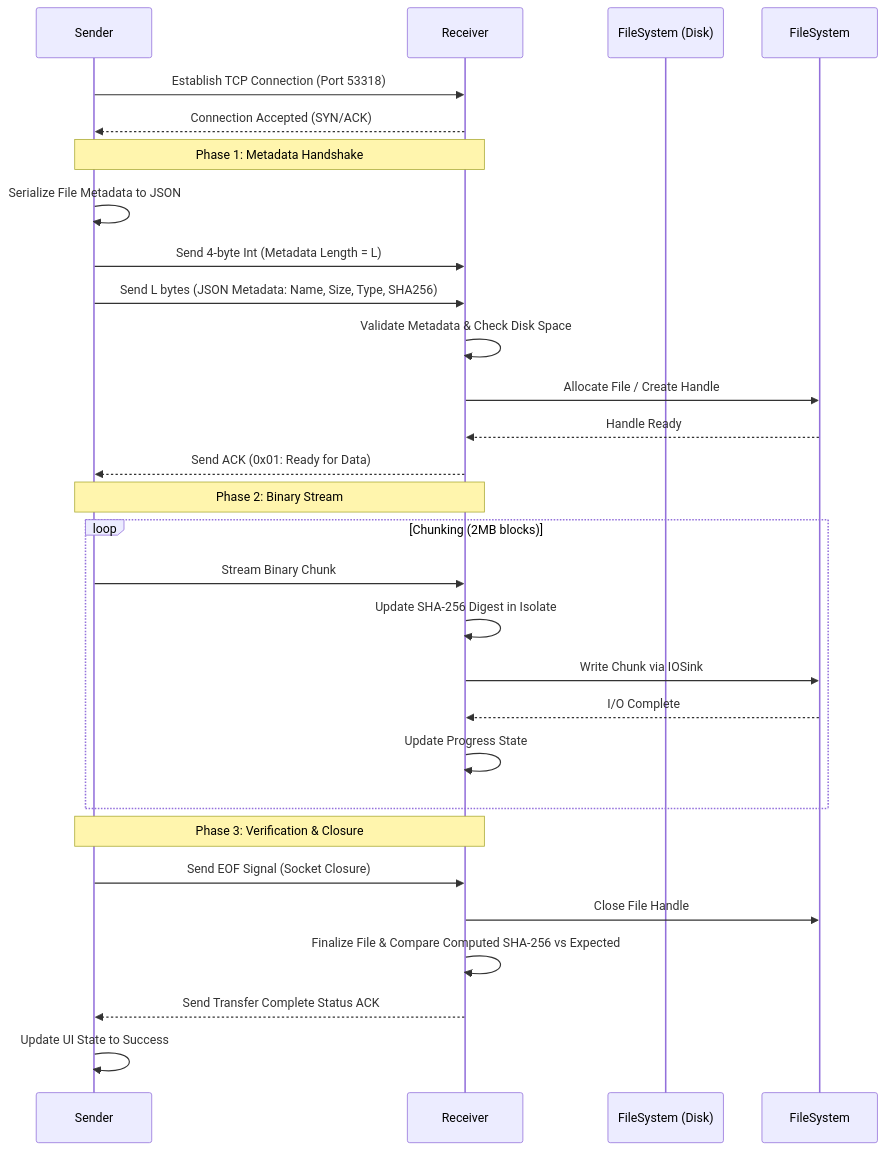
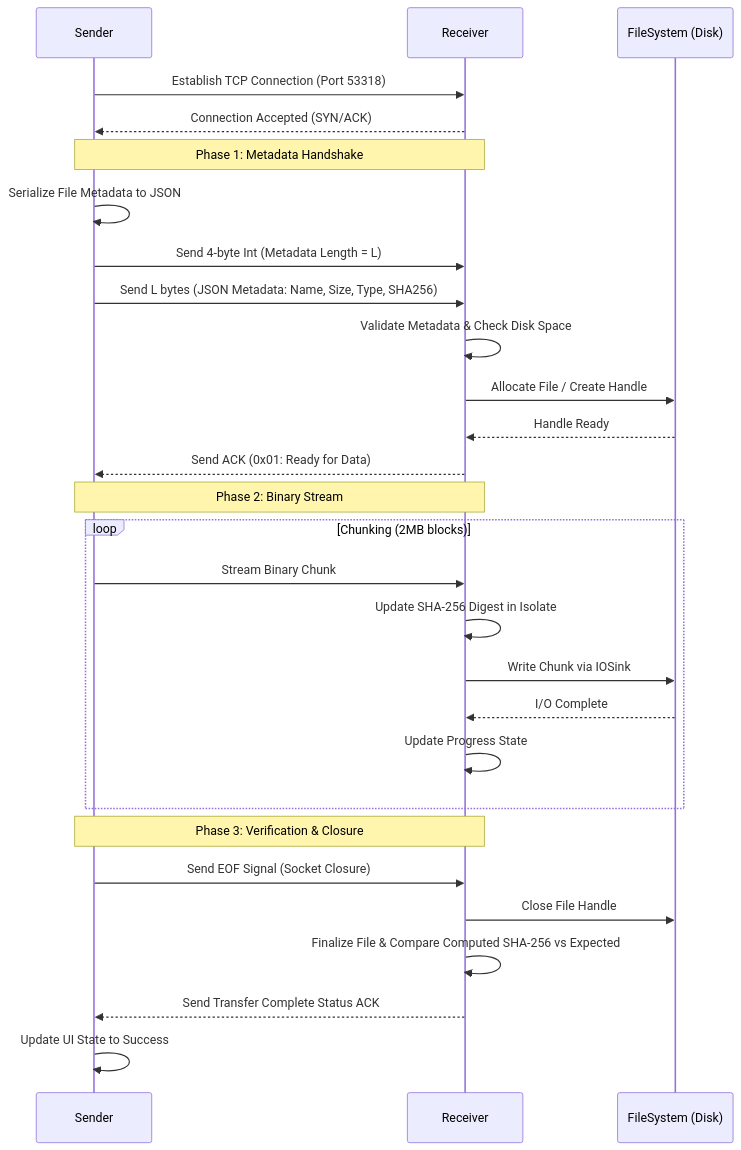
The fourth of 5 diagrams in README.md (ABDUL-RAZEEK-A/ClipLAN), drawn with Mermaid before and after one commit. The commit also changed other lines of this file, not shown here.

Commit message:
docs: fix mermaid diagram syntax and update UI screenshots

````diff
--- a/README.md
+++ b/README.md
@@ -216,35 +216,35 @@
 ```mermaid
 sequenceDiagram
     participant Sender
     participant Receiver
-    participant FileSystem (Disk)
+    participant FileSystem as FileSystem (Disk)
 
     Sender->>Receiver: Establish TCP Connection (Port 53318)
     Receiver-->>Sender: Connection Accepted (SYN/ACK)
     
     Note over Sender,Receiver: Phase 1: Metadata Handshake
     Sender->>Sender: Serialize File Metadata to JSON
     Sender->>Receiver: Send 4-byte Int (Metadata Length = L)
     Sender->>Receiver: Send L bytes (JSON Metadata: Name, Size, Type, SHA256)
     
     Receiver->>Receiver: Validate Metadata & Check Disk Space
     Receiver->>FileSystem: Allocate File / Create Handle
     FileSystem-->>Receiver: Handle Ready
     Receiver-->>Sender: Send ACK (0x01: Ready for Data)
     
     Note over Sender,Receiver: Phase 2: Binary Stream
     loop Chunking (2MB blocks)
         Sender->>Receiver: Stream Binary Chunk
         Receiver->>Receiver: Update SHA-256 Digest in Isolate
         Receiver->>FileSystem: Write Chunk via IOSink
         FileSystem-->>Receiver: I/O Complete
         Receiver->>Receiver: Update Progress State
     end
     
     Note over Sender,Receiver: Phase 3: Verification & Closure
     Sender->>Receiver: Send EOF Signal (Socket Closure)
     Receiver->>FileSystem: Close File Handle
     Receiver->>Receiver: Finalize File & Compare Computed SHA-256 vs Expected
     Receiver-->>Sender: Send Transfer Complete Status ACK
     Sender->>Sender: Update UI State to Success
 ```
````
